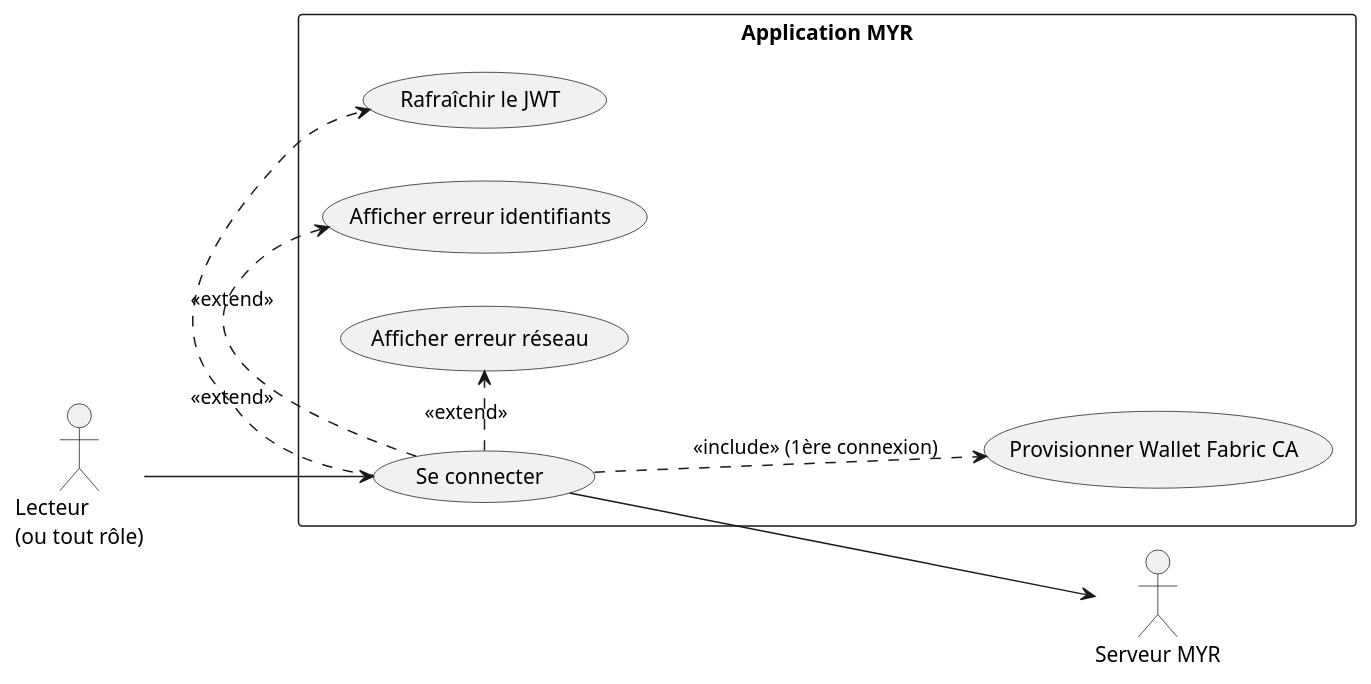
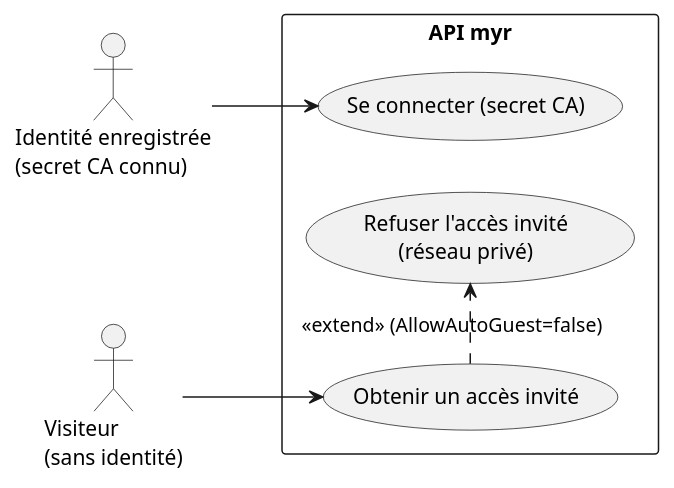
Before and after one commit to olivaux/myr: the first of 2 diagrams in specs/2-Analyse/UCA-Compte_et_Acces/UCA02.md, drawn with PlantUML. The commit also changed other lines of this file and 72 other files, not shown here.

````diff
--- a/specs/2-Analyse/UCA-Compte_et_Acces/UCA02.md
+++ b/specs/2-Analyse/UCA-Compte_et_Acces/UCA02.md
@@ -14,24 +14,19 @@
 ```plantuml
 @startuml
 left to right direction
 
-actor "Lecteur\n(ou tout rôle)" as U
-actor "Serveur MYR" as SRV
+actor "Identité enregistrée\n(secret CA connu)" as U
+actor "Visiteur\n(sans identité)" as V
 
-rectangle "Application MYR" {
-    usecase "Se connecter" as UC1
-    usecase "Provisionner Wallet Fabric CA" as UC2
-    usecase "Rafraîchir le JWT" as UC3
-    usecase "Afficher erreur identifiants" as UC4
-    usecase "Afficher erreur réseau" as UC5
+rectangle "API myr" {
+    usecase "Se connecter (secret CA)" as UC1
+    usecase "Obtenir un accès invité" as UC2
+    usecase "Refuser l'accès invité\n(réseau privé)" as UC3
 }
 
 U --> UC1
-UC1 --> SRV
-UC1 ..> UC2 : <<include>> (1ère connexion)
-UC1 .> UC3 : <<extend>>
-UC1 .> UC4 : <<extend>>
-UC1 .> UC5 : <<extend>>
+V --> UC2
+UC2 .> UC3 : <<extend>> (AllowAutoGuest=false)
 
 @enduml
 ```
````
